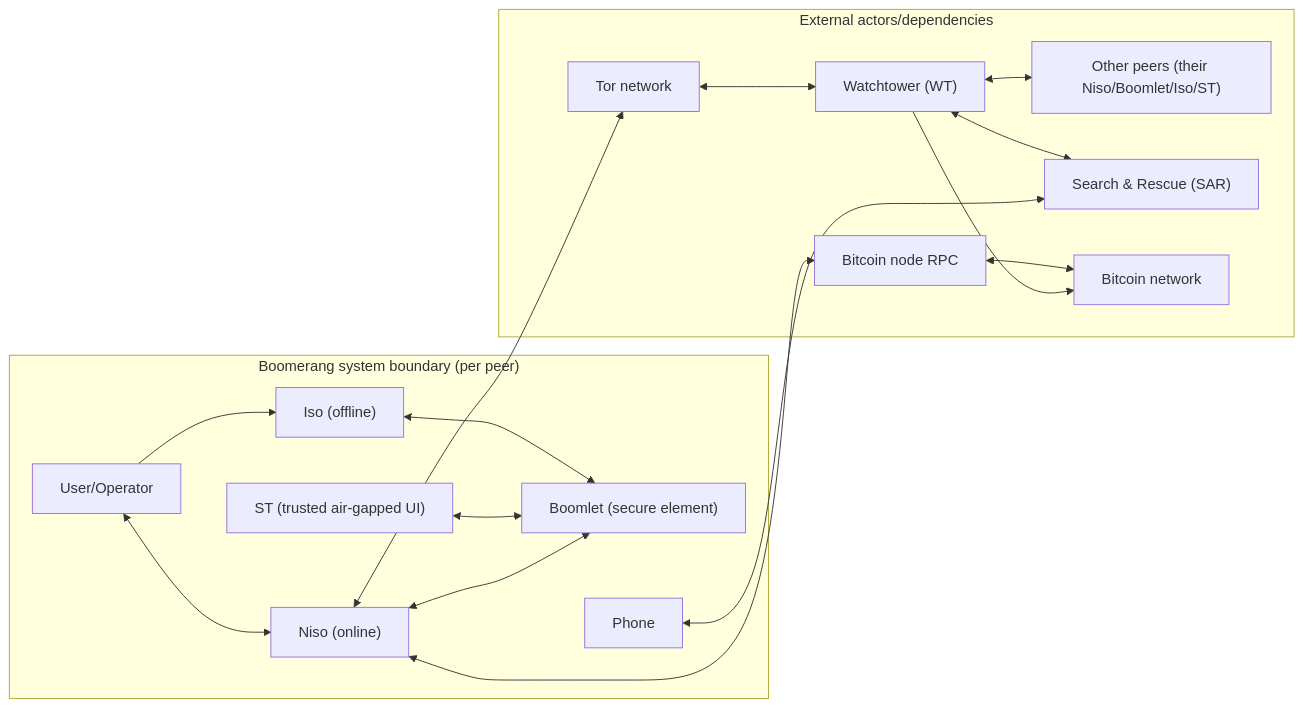
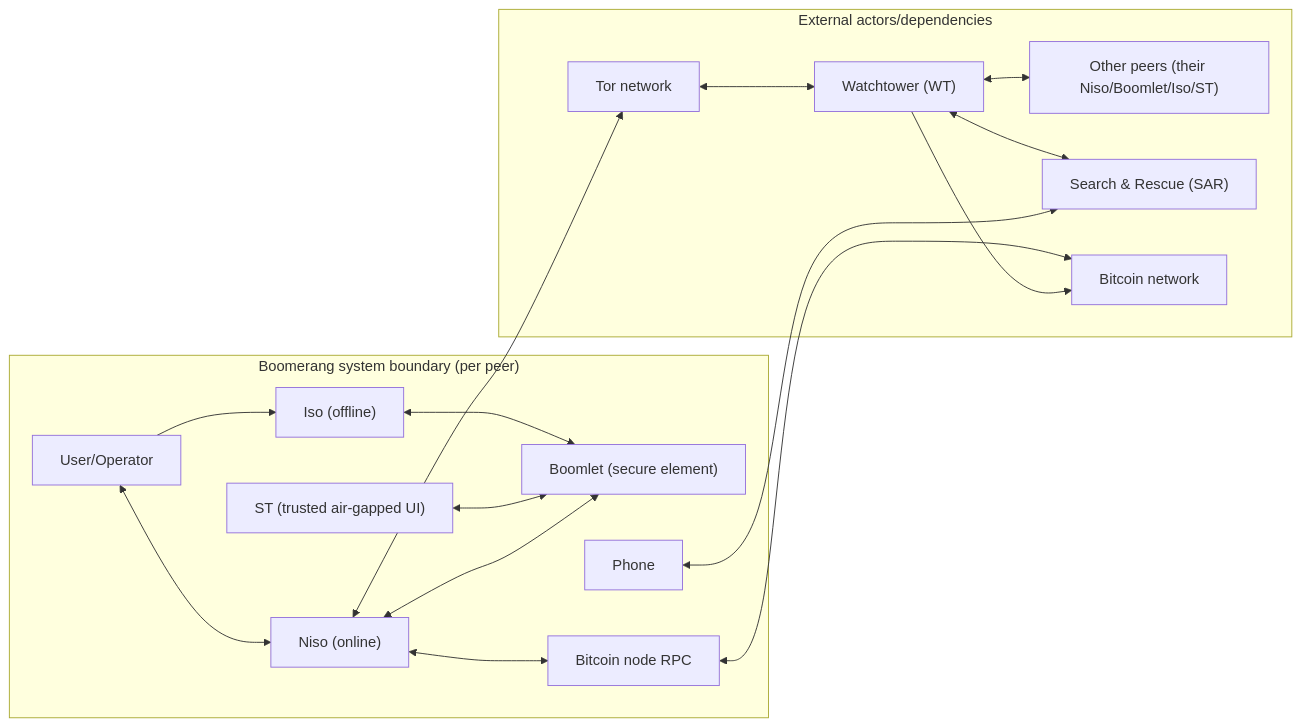
One commit to bitryonix/boomerang_design changed the third of 9 diagrams in security_models/README.md. Above: the diagram before and after it, drawn with Mermaid. The commit also changed other lines of this file and 11 other files, not shown here.

````diff
--- a/security_models/README.md
+++ b/security_models/README.md
@@ -488,35 +526,35 @@
 ```mermaid
 flowchart LR
   subgraph SYS["Boomerang system boundary (per peer)"]
     USER["User/Operator"]
     ISO["Iso (offline)"]
     BOOM["Boomlet (secure element)"]
     ST["ST (trusted air-gapped UI)"]
     NISO["Niso (online)"]
     PHONE["Phone"]
+    BTCN["Bitcoin node RPC"]
   end
 
   subgraph EXT["External actors/dependencies"]
     PEERS["Other peers (their Niso/Boomlet/Iso/ST)"]
     WT["Watchtower (WT)"]
     SAR["Search & Rescue (SAR)"]
-    BTCN["Bitcoin node RPC"]
     BTC["Bitcoin network"]
     TOR["Tor network"]
   end
 
   %% High-level flows
   USER --> ISO
   ISO <--> BOOM
   ST <--> BOOM
   USER <--> NISO
   NISO <--> BOOM
   NISO <--> TOR
   TOR <--> WT
   WT <--> PEERS
   WT <--> SAR
   PHONE <--> SAR
   NISO <--> BTCN
   BTCN <--> BTC
   WT --> BTC
 ```
````
